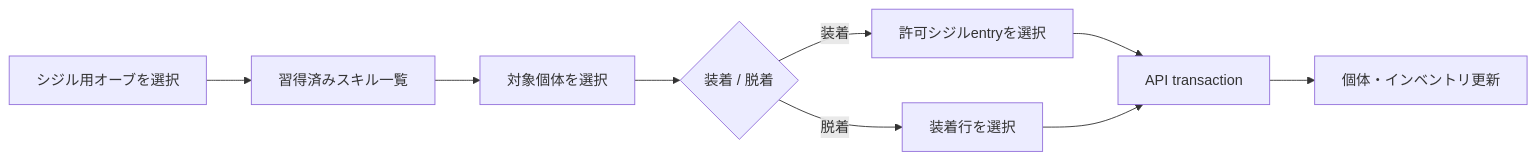
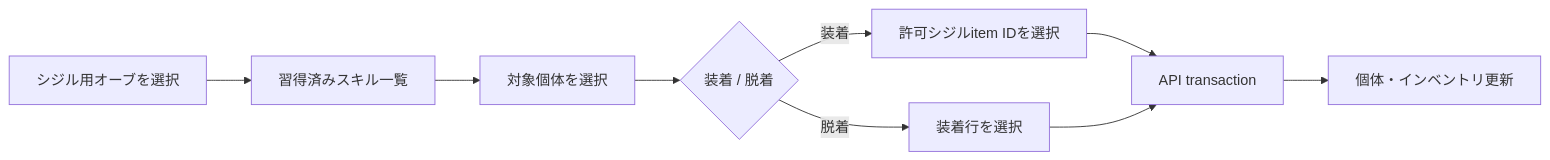
Before and after one commit to maaasu/AstralRecord-Workspace: the third of 3 diagrams in 00_docs/10_Plugin設計書/feature/13-skill/4-統合フロー/13_4-スキルバインドGUI.md, drawn with Mermaid. The commit also changed other lines of this file and 13 other files, not shown here.

````diff
--- a/00_docs/10_Plugin設計書/feature/13-skill/4-統合フロー/13_4-スキルバインドGUI.md
+++ b/00_docs/10_Plugin設計書/feature/13-skill/4-統合フロー/13_4-スキルバインドGUI.md
@@ -64,11 +64,11 @@
 ```mermaid
 flowchart LR
     A[シジル用オーブを選択] --> B[習得済みスキル一覧]
     B --> C[対象個体を選択]
     C --> D{装着 / 脱着}
-    D -->|装着| E[許可シジルentryを選択]
+    D -->|装着| E[許可シジルitem IDを選択]
     D -->|脱着| F[装着行を選択]
     E --> G[API transaction]
     F --> G
     G --> H[個体・インベントリ更新]
 ```
````
